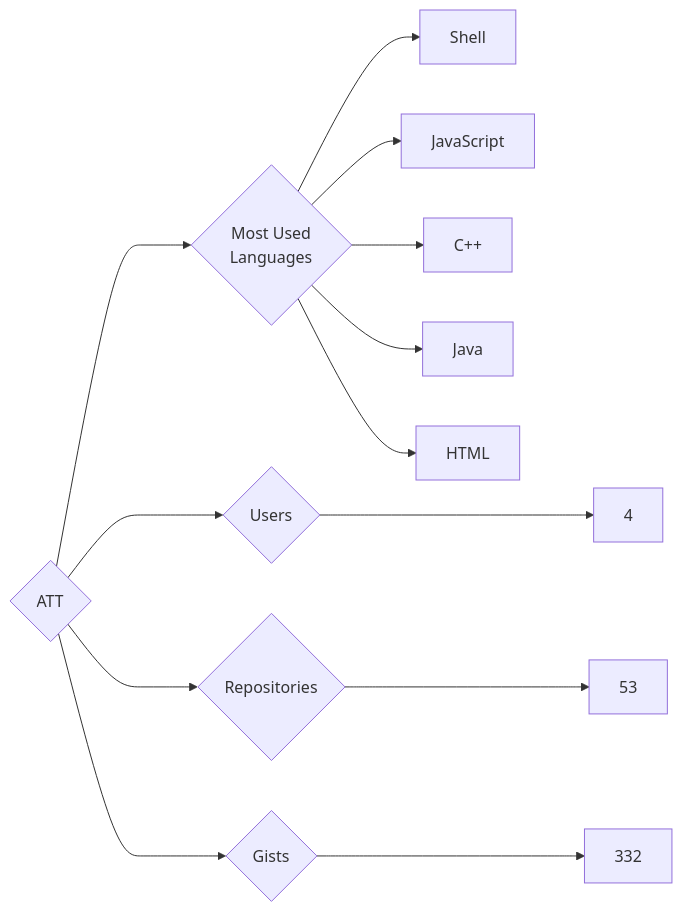
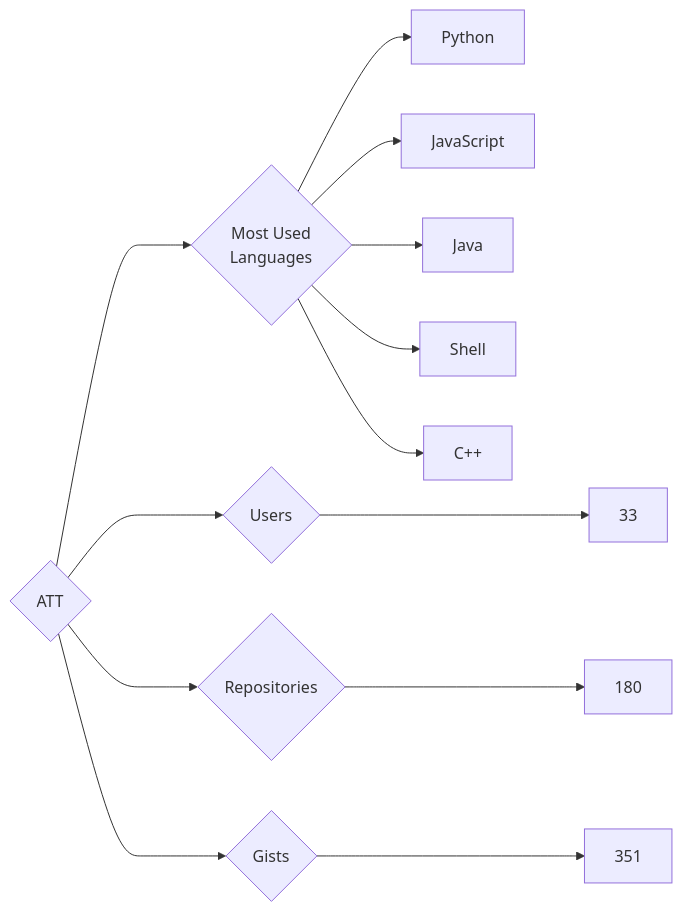
Before and after one commit to trickest/insiders: the diagram in targets/ATT/README.md, drawn with Mermaid. The commit also changed 545 other files, not shown here.

````diff
--- a/targets/ATT/README.md
+++ b/targets/ATT/README.md
@@ -3,13 +3,13 @@
 ```mermaid
 graph LR
 COMPANY_NAME{ATT}
-COMPANY_NAME ---> U{Users} ---> UN[4]
-COMPANY_NAME ---> R{Repositories} ---> RN[53]
-COMPANY_NAME ---> G{Gists} ---> GN[332]
+COMPANY_NAME ---> U{Users} ---> UN[33]
+COMPANY_NAME ---> R{Repositories} ---> RN[180]
+COMPANY_NAME ---> G{Gists} ---> GN[351]
 COMPANY_NAME ---> ML{Most Used<br>Languages}
+ML --> Python[Python]
+ML --> JavaScript[JavaScript]
+ML --> Java[Java]
 ML --> Shell[Shell]
-ML --> JavaScript[JavaScript]
 ML --> C++[C++]
-ML --> Java[Java]
-ML --> HTML[HTML]
 ```
````
